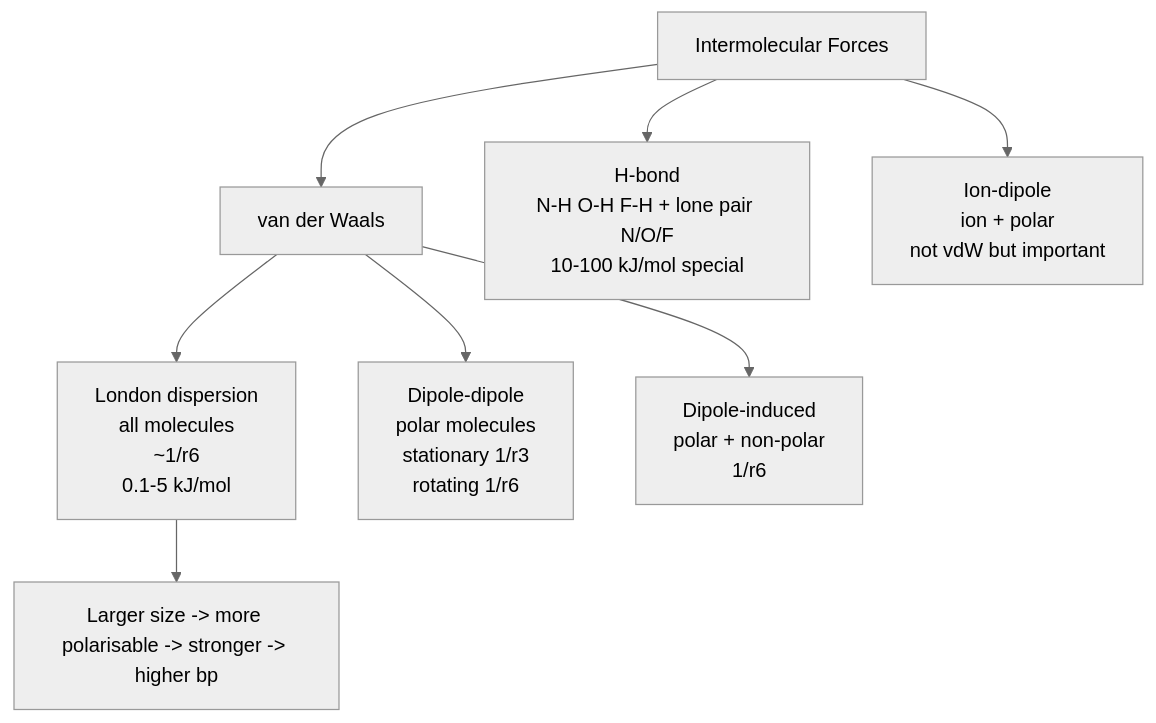
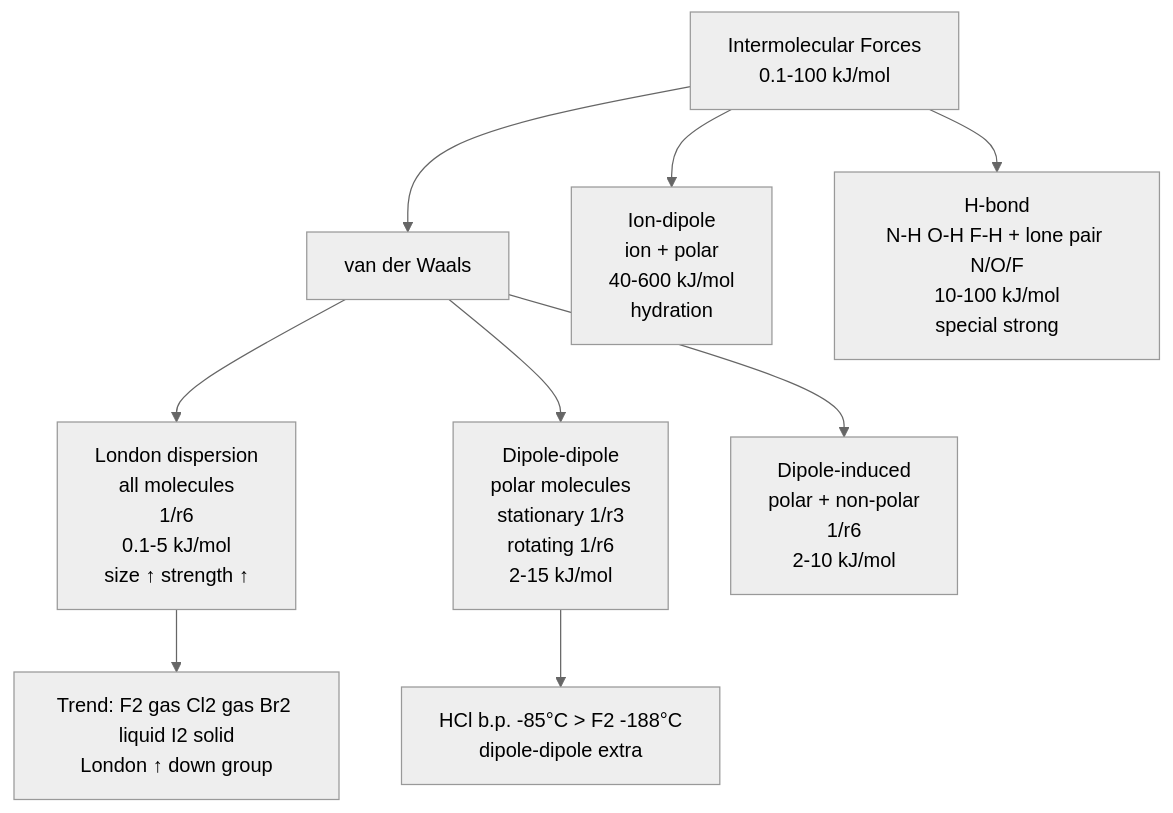
Before and after one commit to SurajGupta2009/Chem_JEEAd_notes: the first of 6 diagrams in Physical-Chemistry/06-States-of-Matter/notes.md, drawn with Mermaid (neutral theme). The commit also changed other lines of this file, not shown here.

Commit message:
Enhance Physical Chemistry 06 - States of Matter to full JEE Advanced - 659 lines 15500w 6 Mermaid 82 ce

````diff
--- a/Physical-Chemistry/06-States-of-Matter/notes.md
+++ b/Physical-Chemistry/06-States-of-Matter/notes.md
@@ -74,10 +99,11 @@
 ```mermaid
 flowchart TB
-    IMF[Intermolecular Forces] --> VDW[van der Waals]
-    VDW --> London[London dispersion<br>all molecules<br>~1/r6<br>0.1-5 kJ/mol]
-    VDW --> DD[Dipole-dipole<br>polar molecules<br>stationary 1/r3<br>rotating 1/r6]
-    VDW --> DI[Dipole-induced<br>polar + non-polar<br>1/r6]
-    IMF --> HB[H-bond<br>N-H O-H F-H + lone pair N/O/F<br>10-100 kJ/mol special]
-    IMF --> IonD[Ion-dipole<br>ion + polar<br>not vdW but important]
-    London --> Size[Larger size -> more polarisable -> stronger -> higher bp]
+    IMF[Intermolecular Forces<br>0.1-100 kJ/mol] --> VDW[van der Waals]
+    VDW --> London[London dispersion<br>all molecules<br>1/r6<br>0.1-5 kJ/mol<br>size ↑ strength ↑]
+    VDW --> DD[Dipole-dipole<br>polar molecules<br>stationary 1/r3<br>rotating 1/r6<br>2-15 kJ/mol]
+    VDW --> DI[Dipole-induced<br>polar + non-polar<br>1/r6<br>2-10 kJ/mol]
+    IMF --> IonD[Ion-dipole<br>ion + polar<br>40-600 kJ/mol<br>hydration]
+    IMF --> HB[H-bond<br>N-H O-H F-H + lone pair N/O/F<br>10-100 kJ/mol<br>special strong]
+    London --> Trend[Trend: F2 gas Cl2 gas Br2 liquid I2 solid<br>London ↑ down group]
+    DD --> Trend2[HCl b.p. -85°C > F2 -188°C<br>dipole-dipole extra]
 ```
````
